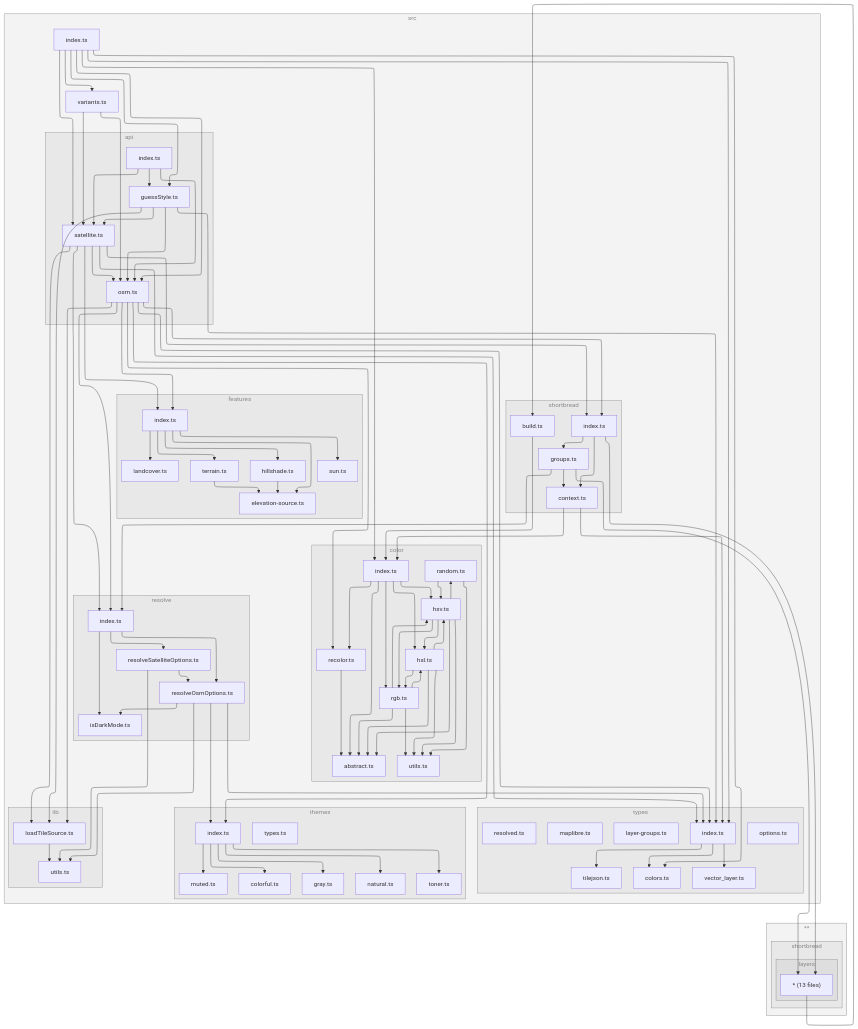
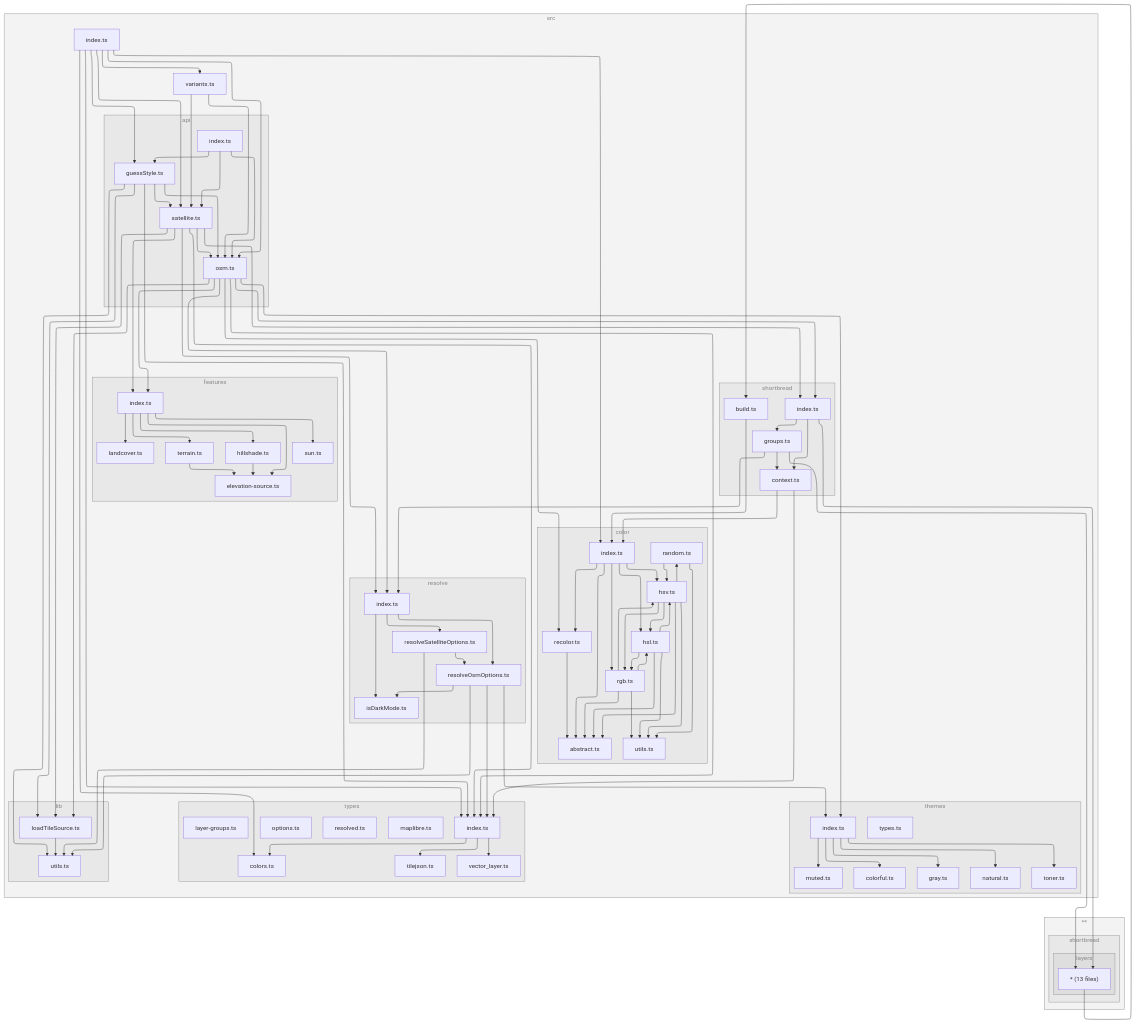
One commit to versatiles-org/versatiles-style changed the diagram in README.md. Above: the diagram before and after it, drawn with Mermaid. The commit also changed 6 other files, not shown here.

```diff
--- a/README.md
+++ b/README.md
@@ -224,6 +224,7 @@
 end
 end
 2-->4
+2-->5
 2-->7
 2-->B
 2-->1D
```
